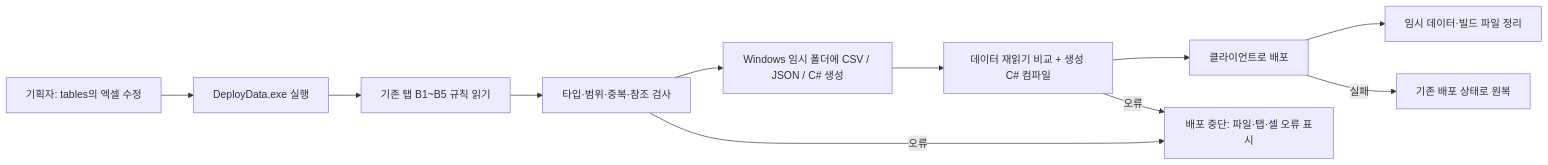
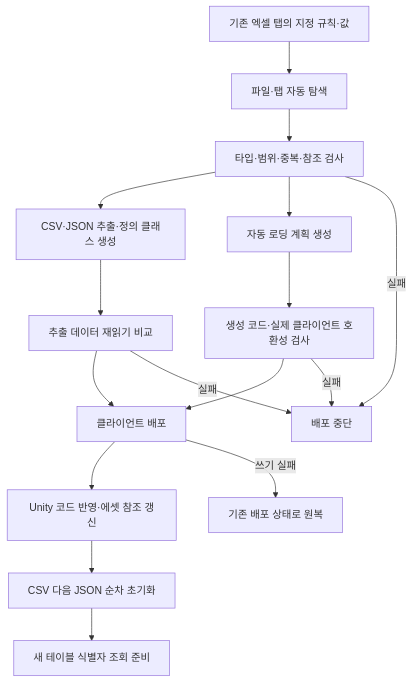
Before and after one commit to hyunho9228-web/DataSheet: the first of 5 diagrams in README.md, drawn with Mermaid. The commit also changed other lines of this file and 14 other files, not shown here.

````diff
--- a/README.md
+++ b/README.md
@@ -5,13 +24,18 @@
 ```mermaid
-flowchart LR
-    A[기획자: tables의 엑셀 수정] --> B[DeployData.exe 실행]
-    B --> C[기존 탭 B1~B5 규칙 읽기]
-    C --> D[타입·범위·중복·참조 검사]
-    D --> E[Windows 임시 폴더에 CSV / JSON / C# 생성]
-    E --> F[데이터 재읽기 비교 + 생성 C# 컴파일]
-    F --> G[클라이언트로 배포]
-    G --> H[임시 데이터·빌드 파일 정리]
-    D -->|오류| X[배포 중단: 파일·탭·셀 오류 표시]
-    F -->|오류| X
-    G -->|실패| R[기존 배포 상태로 원복]
+flowchart TD
+    A[기존 엑셀 탭의 지정 규칙·값] --> B[파일·탭 자동 탐색]
+    B --> C[타입·범위·중복·참조 검사]
+    C --> D[CSV·JSON 추출·정의 클래스 생성]
+    C --> P[자동 로딩 계획 생성]
+    D --> E[추출 데이터 재읽기 비교]
+    P --> F[생성 코드·실제 클라이언트 호환성 검사]
+    E --> G[클라이언트 배포]
+    F --> G
+    G --> H[Unity 코드 반영·에셋 참조 갱신]
+    H --> I[CSV 다음 JSON 순차 초기화]
+    I --> J[새 테이블 식별자 조회 준비]
+    C -->|실패| X[배포 중단]
+    E -->|실패| X
+    F -->|실패| X
+    G -->|쓰기 실패| R[기존 배포 상태로 원복]
 ```
````
